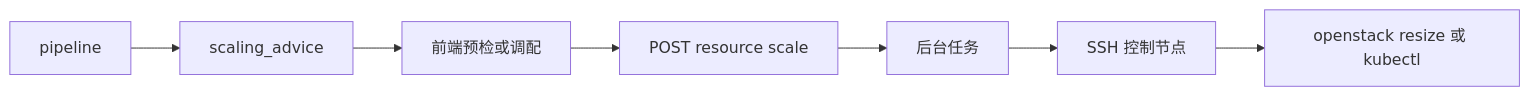
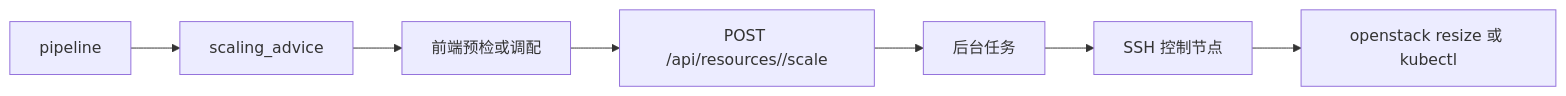
One commit to zorocui/resource_predict changed the sixth of 7 diagrams in README.md. Above: the diagram before and after it, drawn with Mermaid. The commit also changed other lines of this file and 29 other files, not shown here.

````diff
--- a/README.md
+++ b/README.md
@@ -294,9 +690,9 @@
 ```mermaid
 flowchart LR
     Pipeline["pipeline"] --> Advice["scaling_advice"]
     Advice --> Frontend["前端预检或调配"]
-    Frontend --> Api["POST resource scale"]
+    Frontend --> Api["POST /api/resources/<id>/scale"]
     Api --> Task["后台任务"]
     Task --> Control["SSH 控制节点"]
     Control --> Command["openstack resize 或 kubectl"]
 ```
````
